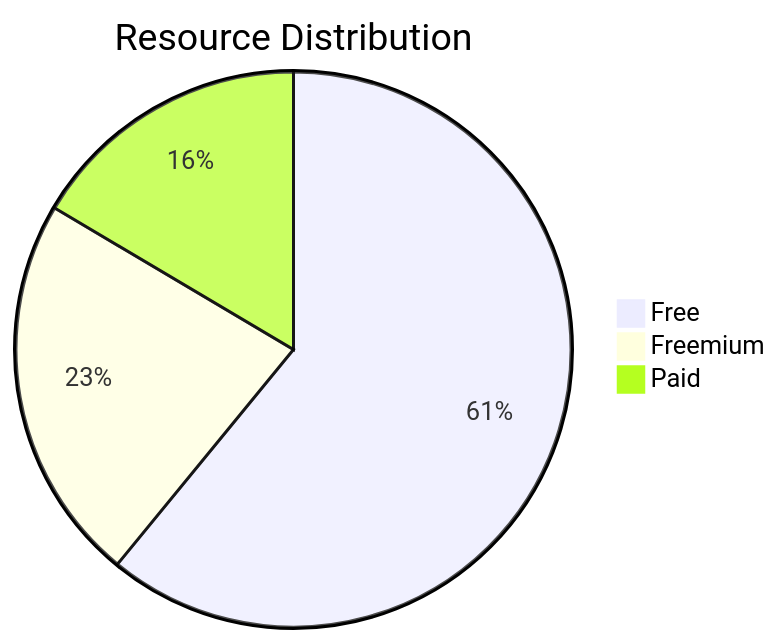
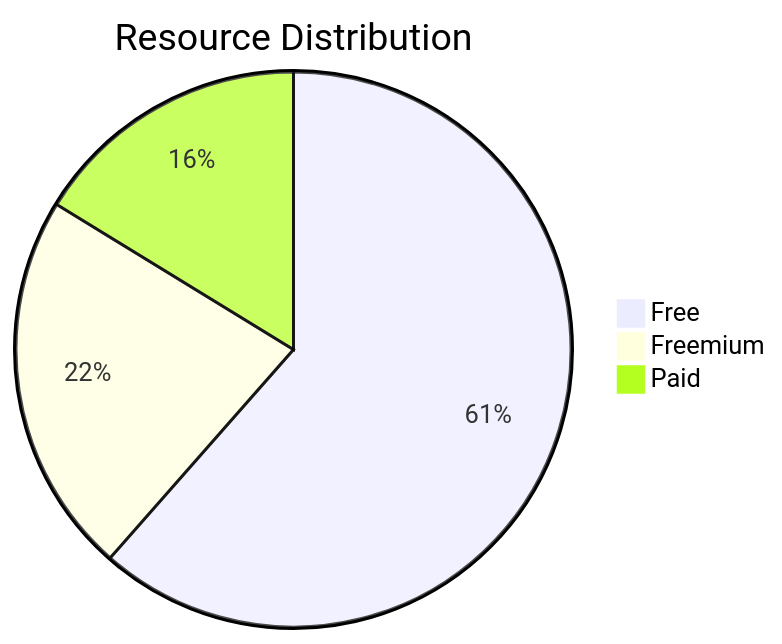
One commit to sametcn99/computer-science-resources changed the diagram in resources/index.md. Above: the diagram before and after it, drawn with Mermaid. The commit also changed other lines of this file and 60 other files, not shown here.

````diff
--- a/resources/index.md
+++ b/resources/index.md
@@ -10,7 +10,7 @@
 ```mermaid
 pie
     title Resource Distribution
-    "Free" : 170
+    "Free" : 174
     "Freemium" : 63
     "Paid" : 46
 ```
````
